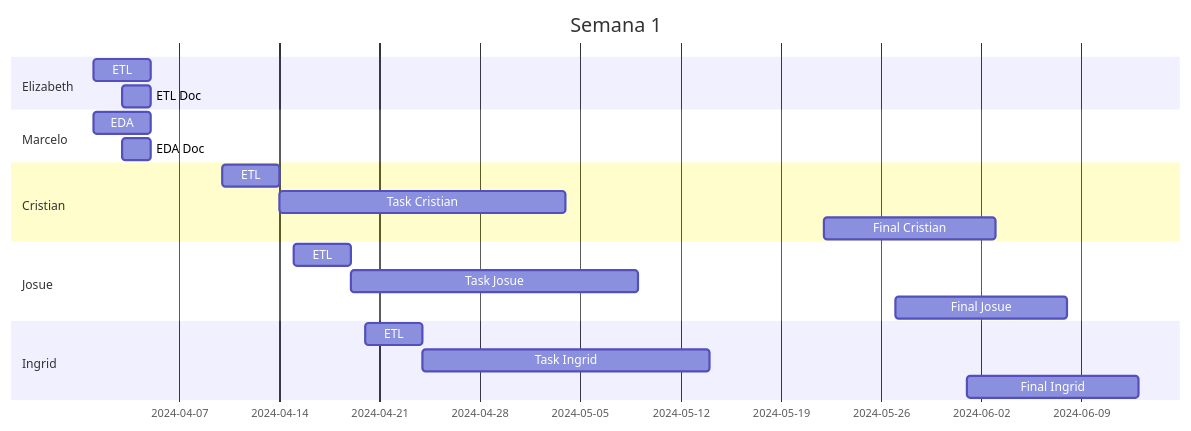
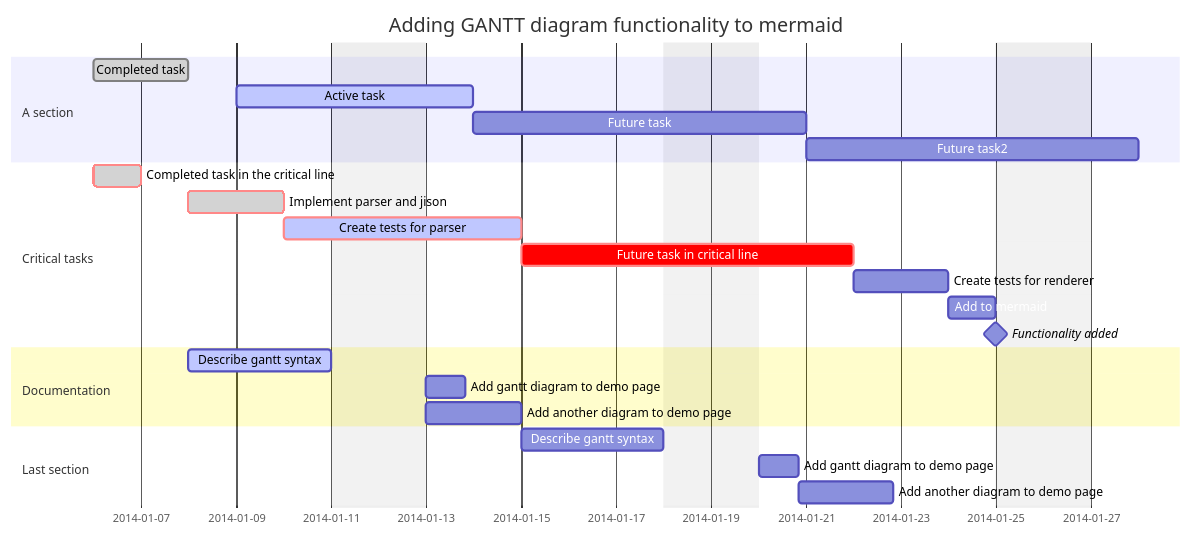
The diagram in README.md (Beth-94/testmermaid), drawn with Mermaid before and after one commit.

````diff
--- a/README.md
+++ b/README.md
@@ -8,29 +8,33 @@
 ```mermaid
 gantt
-    title Semana 1
+    dateFormat  YYYY-MM-DD
+    title       Adding GANTT diagram functionality to mermaid
+    excludes    weekends
+    %% (`excludes` accepts specific dates in YYYY-MM-DD format, days of the week ("sunday") or "weekends", but not the word "weekdays".)
 
-  section Elizabeth
-    ETL           :a1, 2024-04-01, 4d
-    ETL Doc    :after a1, 2024-04-03, 2d
+    section A section
+    Completed task            :done,    des1, 2014-01-06,2014-01-08
+    Active task               :active,  des2, 2014-01-09, 3d
+    Future task               :         des3, after des2, 5d
+    Future task2              :         des4, after des3, 5d
 
-    section Marcelo
-    EDA           :a2, 2024-04-01, 4d
-    EDA Doc       :2024-04-03, 2d
+    section Critical tasks
+    Completed task in the critical line :crit, done, 2014-01-06,24h
+    Implement parser and jison          :crit, done, after des1, 2d
+    Create tests for parser             :crit, active, 3d
+    Future task in critical line        :crit, 5d
+    Create tests for renderer           :2d
+    Add to mermaid                      :until isadded
+    Functionality added                 :milestone, isadded, 2014-01-25, 0d
 
-    section Cristian
-     ETL           :a3, 2024-04-10, 4d
-    Task Cristian    :after a3 + 2d, 20d
-    Final Cristian    : 2024-05-22  , 12d
+    section Documentation
+    Describe gantt syntax               :active, a1, after des1, 3d
+    Add gantt diagram to demo page      :after a1  , 20h
+    Add another diagram to demo page    :doc1, after a1  , 48h
 
-    section Josue
-     ETL           :a4, 2024-04-15, 4d
-    Task Josue    :after a4 + 2d, 20d
-    Final Josue    : 2024-05-27  , 12d
-
-    section Ingrid
-     ETL           :a5, 2024-04-20, 4d
-    Task Ingrid    :after a5 + 2d, 20d
-    Final Ingrid    : 2024-06-01  , 12d
-
+    section Last section
+    Describe gantt syntax               :after doc1, 3d
+    Add gantt diagram to demo page      :20h
+    Add another diagram to demo page    :48h
 
 ```
````
